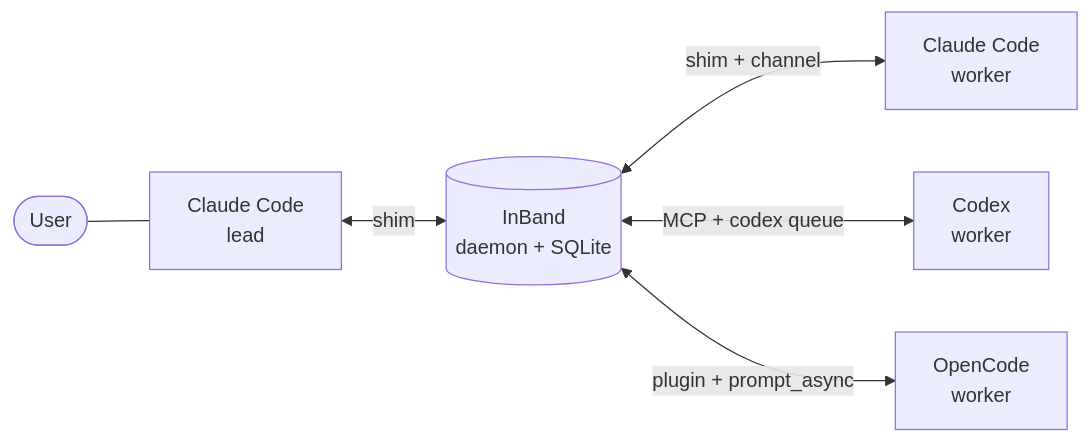
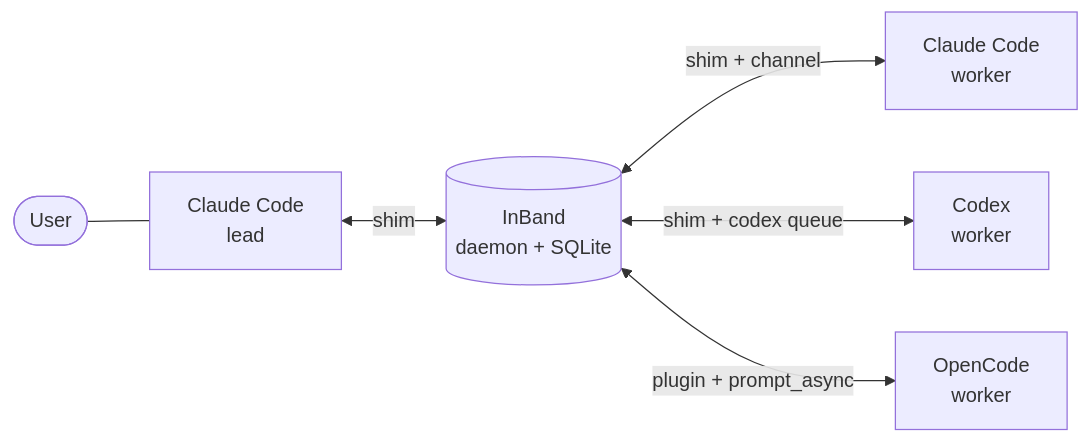
Before and after one commit to ruipedro-pinheiro/InBand: the diagram in README.md, drawn with Mermaid. The commit also changed other lines of this file and 7 other files, not shown here.

First line of the commit message:
Serve Codex through the shim: no token in its environment

````diff
--- a/README.md
+++ b/README.md
@@ -22,8 +22,8 @@
 ```mermaid
 flowchart LR
     user([User]) --- lead["Claude Code<br/>lead"]
     lead <-->|shim| daemon[("InBand<br/>daemon + SQLite")]
     daemon <-->|shim + channel| w1["Claude Code<br/>worker"]
-    daemon <-->|MCP + codex queue| w2["Codex<br/>worker"]
+    daemon <-->|shim + codex queue| w2["Codex<br/>worker"]
     daemon <-->|plugin + prompt_async| w3["OpenCode<br/>worker"]
 ```
````
